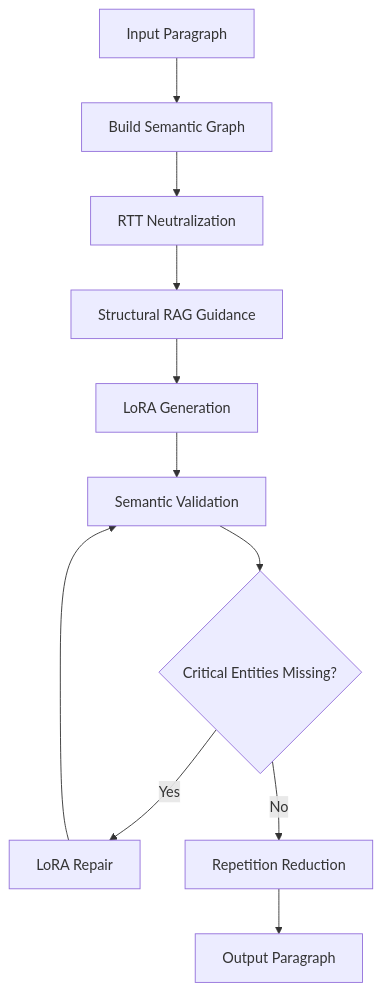
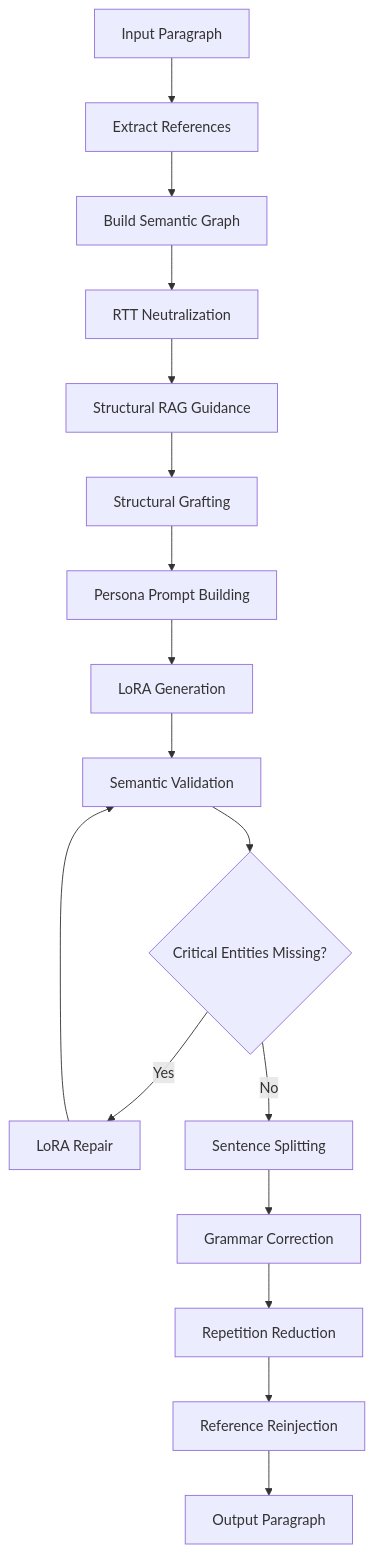
Before and after one commit to yogthos/revenant: the third of 3 diagrams in docs/architecture.md, drawn with Mermaid. The commit also changed other lines of this file and 6 other files, not shown here.

````diff
--- a/docs/architecture.md
+++ b/docs/architecture.md
@@ -236,13 +322,19 @@
 ```mermaid
 flowchart TD
-    A[Input Paragraph] --> B[Build Semantic Graph]
-    B --> C[RTT Neutralization]
-    C --> D[Structural RAG Guidance]
-    D --> E[LoRA Generation]
-    E --> F[Semantic Validation]
-    F --> G{Critical Entities Missing?}
-    G -->|Yes| H[LoRA Repair]
-    H --> F
-    G -->|No| I[Repetition Reduction]
-    I --> J[Output Paragraph]
+    A[Input Paragraph] --> B[Extract References]
+    B --> C[Build Semantic Graph]
+    C --> D[RTT Neutralization]
+    D --> E[Structural RAG Guidance]
+    E --> F[Structural Grafting]
+    F --> G[Persona Prompt Building]
+    G --> H[LoRA Generation]
+    H --> I[Semantic Validation]
+    I --> J{Critical Entities Missing?}
+    J -->|Yes| K[LoRA Repair]
+    K --> I
+    J -->|No| L[Sentence Splitting]
+    L --> M[Grammar Correction]
+    M --> N[Repetition Reduction]
+    N --> O[Reference Reinjection]
+    O --> P[Output Paragraph]
 ```
````
